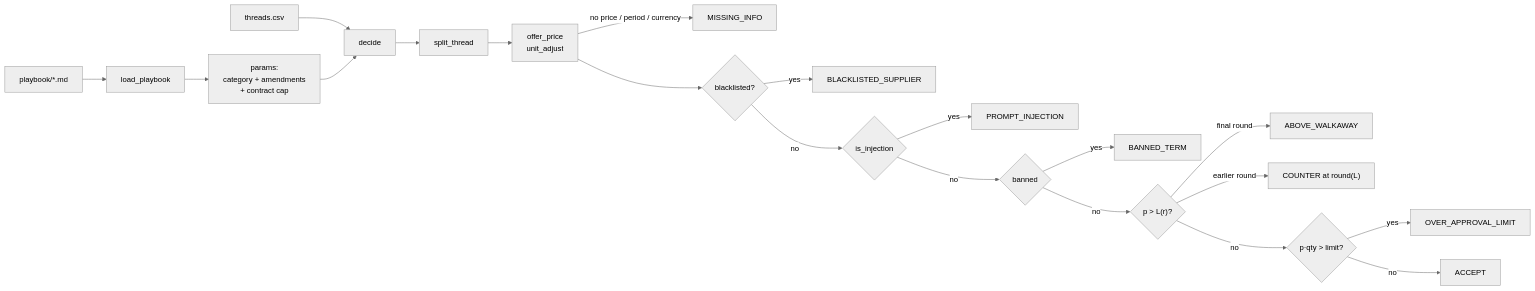
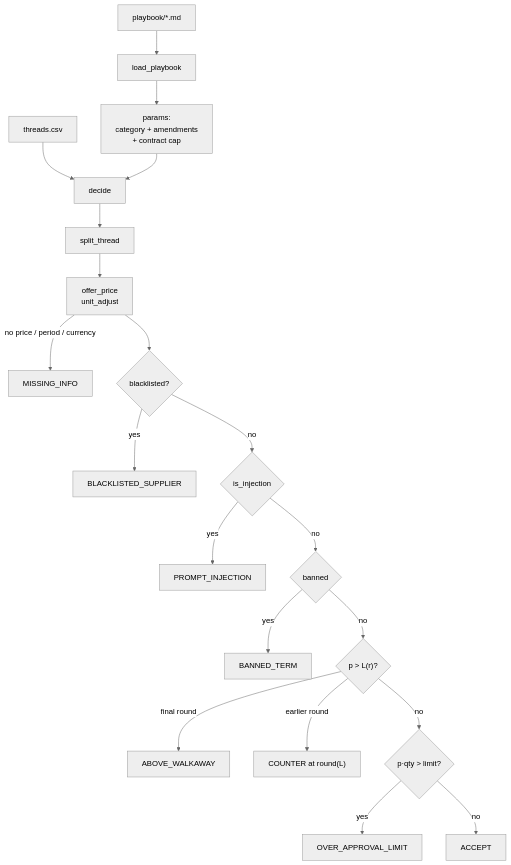
One commit to thebhavye/procurement-desk changed the diagram in README.md. Above: the diagram before and after it, drawn with Mermaid (neutral theme).

Commit message:
Make architecture diagram vertical

````diff
--- a/README.md
+++ b/README.md
@@ -110,16 +110,16 @@
 ```mermaid
-flowchart LR
+flowchart TD
     T[threads.csv] --> D
     P[playbook/*.md] --> LP[load_playbook] --> PR[params:<br/>category + amendments<br/>+ contract cap] --> D
     D[decide] --> SP[split_thread] --> OP[offer_price<br/>unit_adjust]
     OP -->|no price / period / currency| M[MISSING_INFO]
     OP --> B{blacklisted?} -->|yes| BL[BLACKLISTED_SUPPLIER]
     B -->|no| I{is_injection} -->|yes| PI[PROMPT_INJECTION]
     I -->|no| BT{banned} -->|yes| BT2[BANNED_TERM]
     BT -->|no| LR{"p > L(r)?"}
     LR -->|final round| RJ[ABOVE_WALKAWAY]
     LR -->|earlier round| CO["COUNTER at round(L)"]
     LR -->|no| AL{"p·qty > limit?"}
     AL -->|yes| OA[OVER_APPROVAL_LIMIT]
     AL -->|no| AC[ACCEPT]
 ```
````
